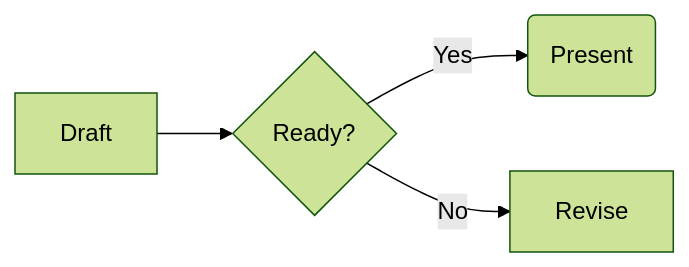
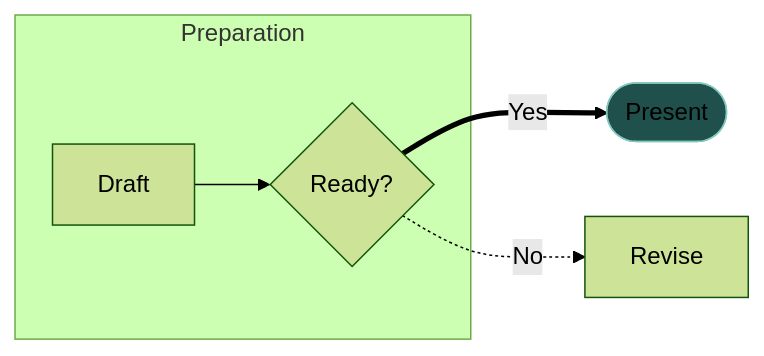
One commit to stacksjs/ts-presentation changed the first of 2 diagrams in examples/demo/slides.md. Above: the diagram before and after it, drawn with Mermaid (forest theme). The commit also changed other lines of this file and 24 other files, not shown here.

Commit message:
feat: port editable PowerPoint export and extend math and Mermaid

````diff
--- a/examples/demo/slides.md
+++ b/examples/demo/slides.md
@@ -73,6 +76,9 @@
 ```mermaid
 flowchart LR
-  A[Draft] --> B{Ready?}
-  B -->|Yes| C(Present)
-  B -->|No| D[Revise]
+  subgraph Preparation
+    A[Draft] --> B{Ready?}
+  end
+  B ==>|Yes| C([Present])
+  B -.->|No| D[Revise]
+  style C fill:#20504c,stroke:#80c7bc
 ```
````
